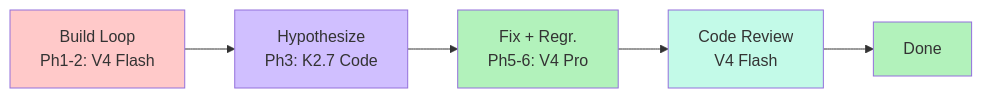
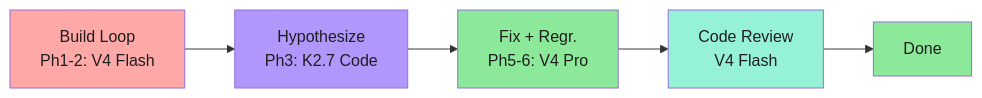
One commit to elisharkray1030/ai-coding-workflow changed the third of 5 diagrams in README.md. Above: the diagram before and after it, drawn with Mermaid. The commit also changed other lines of this file, not shown here.

First line of the commit message:
humanize: strip AI-isms, fix diagram readability, add doc pipeline

````diff
--- a/README.md
+++ b/README.md
@@ -58,13 +58,13 @@
 ```mermaid
 graph LR
     LO[Build Loop<br/>Ph1-2: V4 Flash] --> HY[Hypothesize<br/>Ph3: K2.7 Code]
     HY --> FX[Fix + Regr.<br/>Ph5-6: V4 Pro]
     FX --> CR[Code Review<br/>V4 Flash]
     CR --> DN[Done]
 
-    style LO fill:#ffc9c9
-    style HY fill:#d0bfff
-    style FX fill:#b2f2bb
-    style CR fill:#c3fae8
-    style DN fill:#b2f2bb
+    style LO fill:#ffa8a8,color:#1e1e1e
+    style HY fill:#b197fc,color:#1e1e1e
+    style FX fill:#8ce99a,color:#1e1e1e
+    style CR fill:#96f2d7,color:#1e1e1e
+    style DN fill:#8ce99a,color:#1e1e1e
 ```
````
